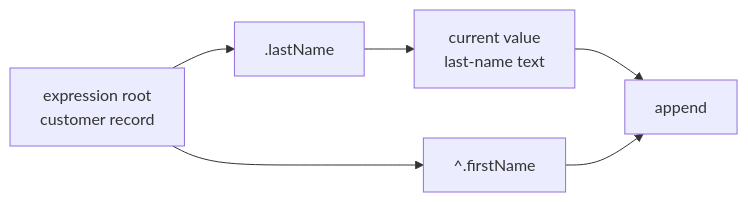
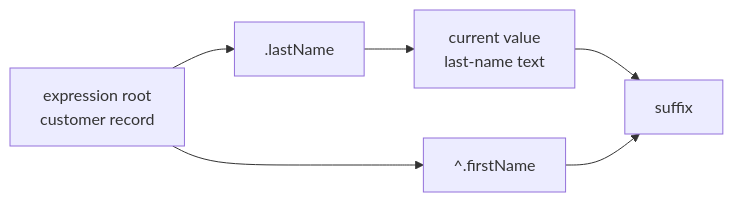
Before and after one commit to Seddryck/Expressif: the third of 6 diagrams in docs/language/references.md, drawn with Mermaid. The commit also changed other lines of this file and 15 other files, not shown here.

````diff
--- a/docs/language/references.md
+++ b/docs/language/references.md
@@ -147,8 +147,8 @@
 ```mermaid
 flowchart LR
     A["expression root<br>customer record"] --> B[".lastName"]
     B --> C["current value<br>last-name text"]
     A --> D["^.firstName"]
-    C --> E[append]
+    C --> E[suffix]
     D --> E
 ```
````
